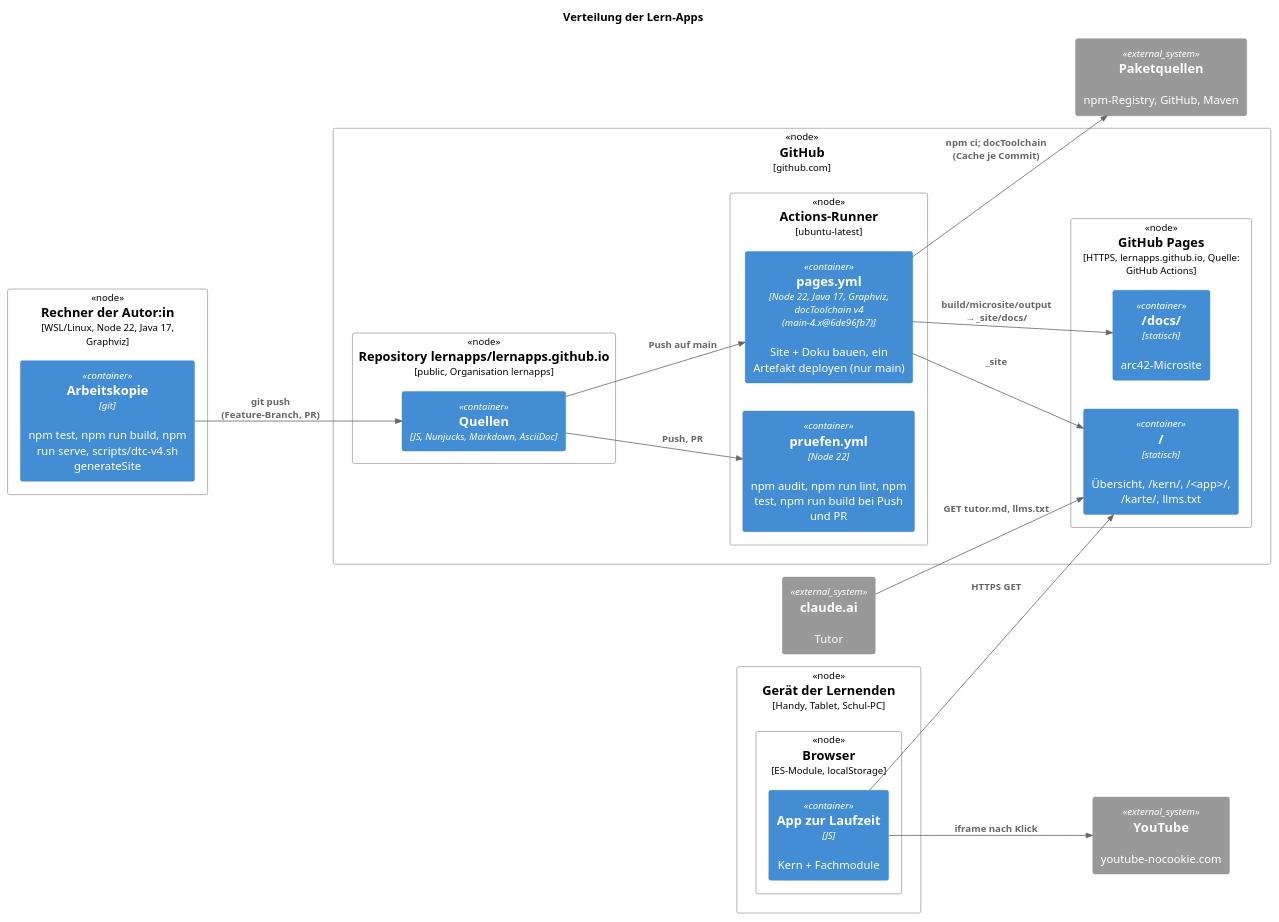
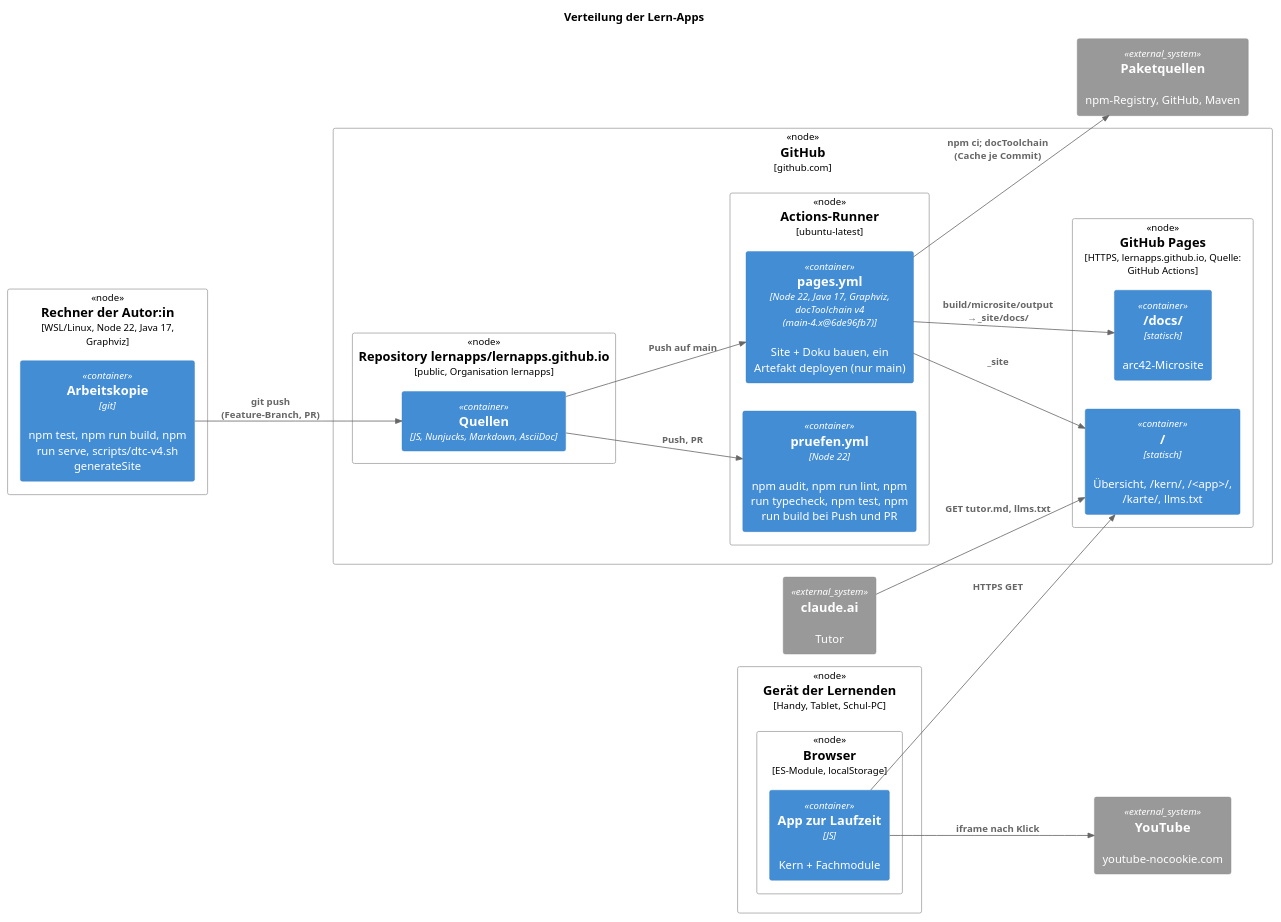
Before and after one commit to lernapps/lernapps.github.io: the diagram in src/docs/arc42/chapters/07_deployment_view.adoc, drawn with PlantUML. The commit also changed other lines of this file and 1 other file, not shown here.

Commit message:
docs: npm run typecheck in Build-Regeln und Verteilungssicht (#25)
Refs #25

```diff
--- a/src/docs/arc42/chapters/07_deployment_view.adoc
+++ b/src/docs/arc42/chapters/07_deployment_view.adoc
@@ -21,43 +21,43 @@
 [plantuml, target=verteilung, format=svg]
 ....
 @startuml
 !include <C4/C4_Deployment>
 LAYOUT_LEFT_RIGHT()
 title Verteilung der Lern-Apps
 
 Deployment_Node(dev, "Rechner der Autor:in", "WSL/Linux, Node 22, Java 17, Graphviz") {
   Container(clone, "Arbeitskopie", "git", "npm test, npm run build, npm run serve, scripts/dtc-v4.sh generateSite")
 }
 Deployment_Node(gh, "GitHub", "github.com") {
   Deployment_Node(repo, "Repository lernapps/lernapps.github.io", "public, Organisation lernapps") {
     Container(src, "Quellen", "JS, Nunjucks, Markdown, AsciiDoc")
   }
   Deployment_Node(runner, "Actions-Runner", "ubuntu-latest") {
-    Container(ci, "pruefen.yml", "Node 22", "npm audit, npm run lint, npm test, npm run build bei Push und PR")
+    Container(ci, "pruefen.yml", "Node 22", "npm audit, npm run lint, npm run typecheck, npm test, npm run build bei Push und PR")
     Container(deploy, "pages.yml", "Node 22, Java 17, Graphviz, docToolchain v4 (main-4.x@6de96fb7)", "Site + Doku bauen, ein Artefakt deployen (nur main)")
   }
   Deployment_Node(ghpages, "GitHub Pages", "HTTPS, lernapps.github.io, Quelle: GitHub Actions") {
     Container(site, "/", "statisch", "Übersicht, /kern/, /<app>/, /karte/, llms.txt")
     Container(docs, "/docs/", "statisch", "arc42-Microsite")
   }
 }
 Deployment_Node(geraet, "Gerät der Lernenden", "Handy, Tablet, Schul-PC") {
   Deployment_Node(browser, "Browser", "ES-Module, localStorage") {
     Container(laufzeit, "App zur Laufzeit", "JS", "Kern + Fachmodule")
   }
 }
 System_Ext(claude, "claude.ai", "Tutor")
 System_Ext(yt, "YouTube", "youtube-nocookie.com")
 System_Ext(pakete, "Paketquellen", "npm-Registry, GitHub, Maven")
 
 Rel(clone, src, "git push (Feature-Branch, PR)")
 Rel(src, ci, "Push, PR")
 Rel(src, deploy, "Push auf main")
 Rel(deploy, pakete, "npm ci; docToolchain (Cache je Commit)")
 Rel(deploy, site, "_site")
 Rel(deploy, docs, "build/microsite/output → _site/docs/")
 Rel(laufzeit, site, "HTTPS GET")
 Rel(claude, site, "GET tutor.md, llms.txt")
 Rel(laufzeit, yt, "iframe nach Klick")
 @enduml
 ....
```
